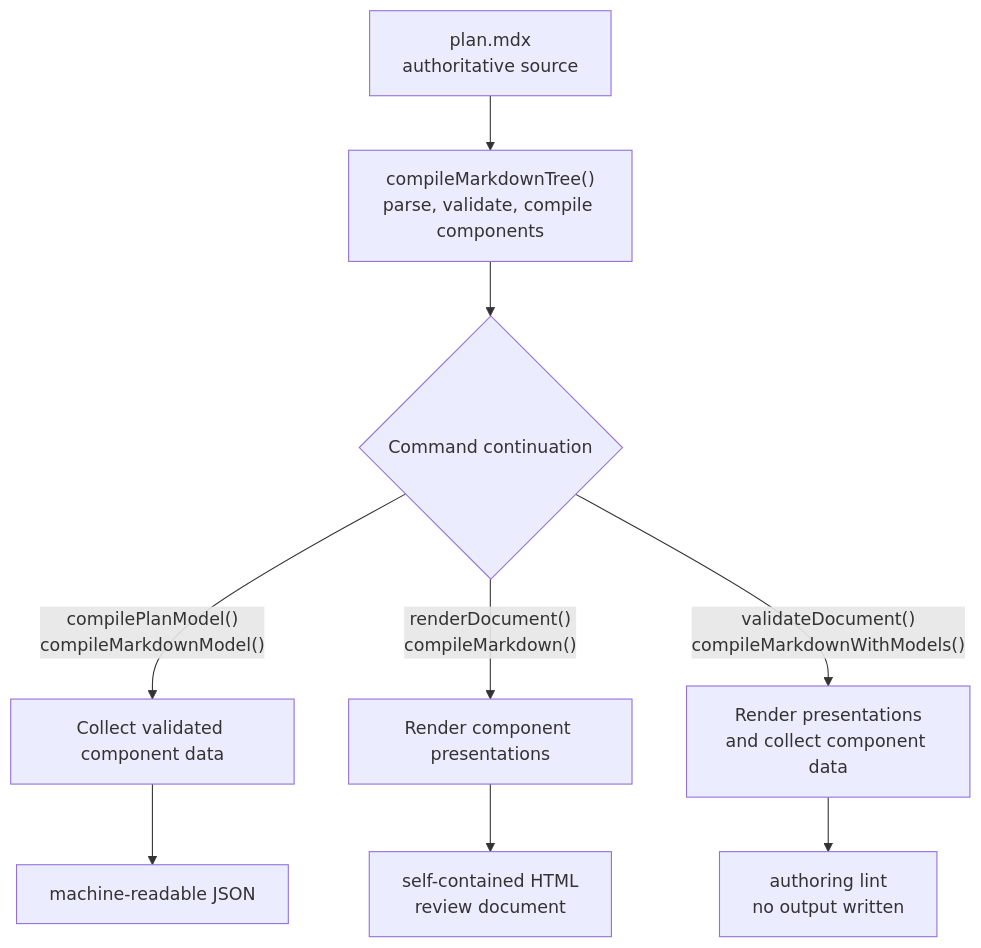
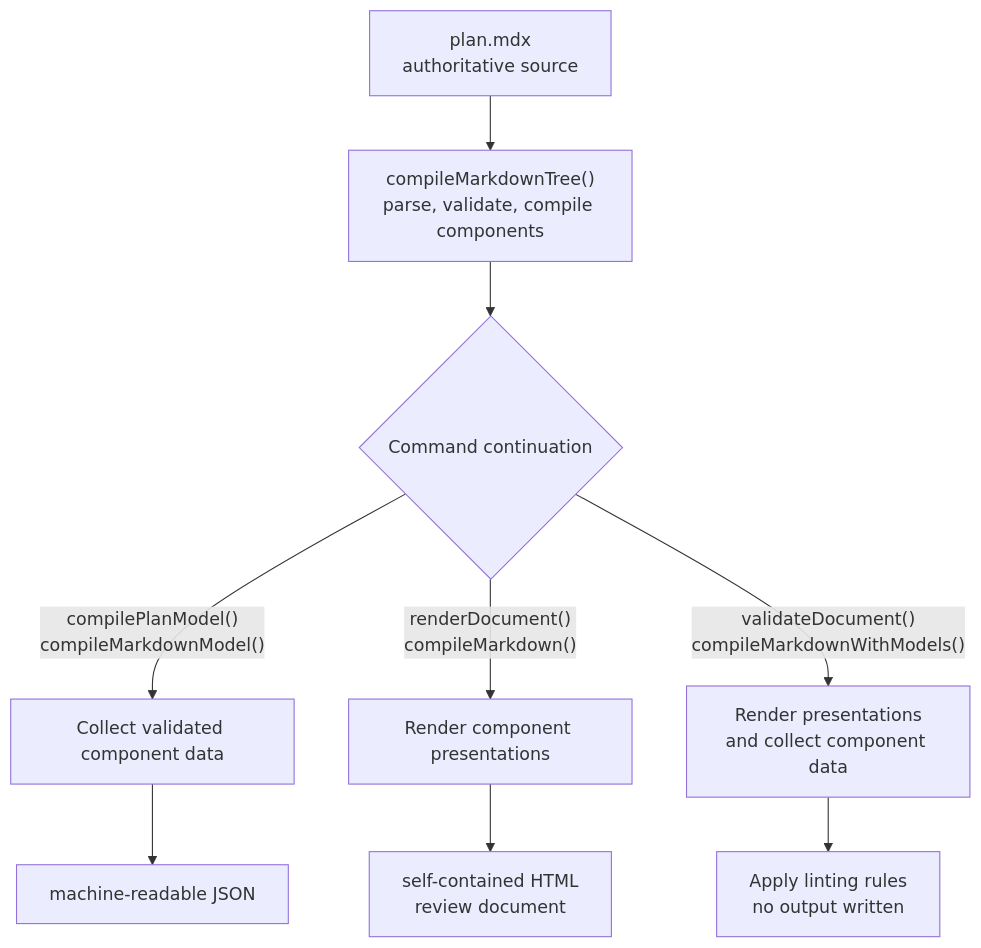
The first of 2 diagrams in docs/src/content/docs/architecture.md (josh-padnick/big-plan), drawn with Mermaid before and after one commit. The commit also changed other lines of this file and 4 other files, not shown here.

````diff
--- a/docs/src/content/docs/architecture.md
+++ b/docs/src/content/docs/architecture.md
@@ -25,12 +25,12 @@
 ```mermaid
 flowchart TB
   A["plan.mdx<br/>authoritative source"]
   A --> F["compileMarkdownTree()<br/>parse, validate, compile components"]
   F --> Q{"Command continuation"}
   Q -- "compilePlanModel()<br/>compileMarkdownModel()" --> G["Collect validated component data"]
   Q -- "renderDocument()<br/>compileMarkdown()" --> H["Render component presentations"]
   Q -- "validateDocument()<br/>compileMarkdownWithModels()" --> M["Render presentations<br/>and collect component data"]
   G --> I["machine-readable JSON"]
   H --> J["self-contained HTML<br/>review document"]
-  M --> N["authoring lint<br/>no output written"]
+  M --> N["Apply linting rules<br/>no output written"]
 ```
````
